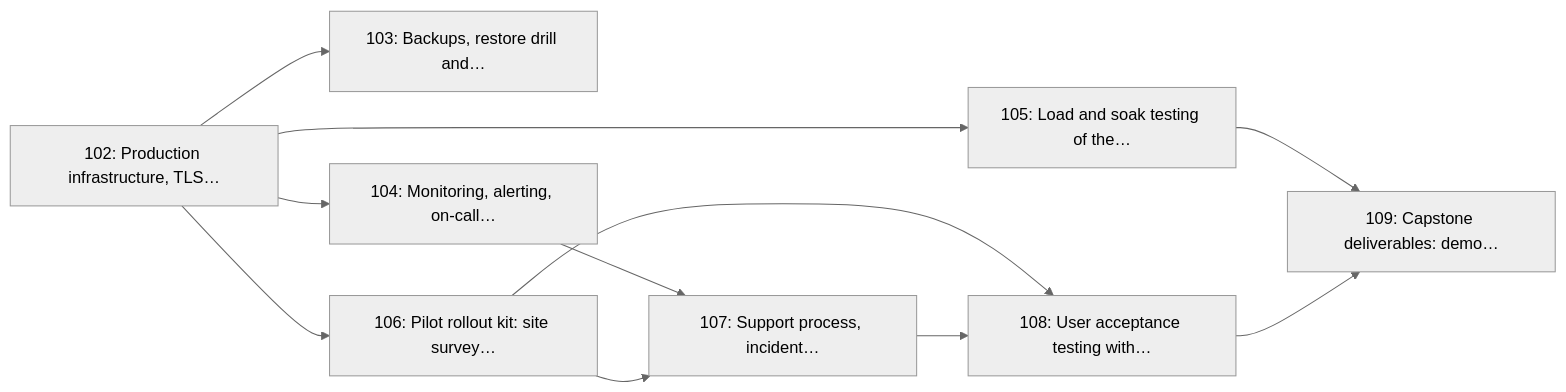
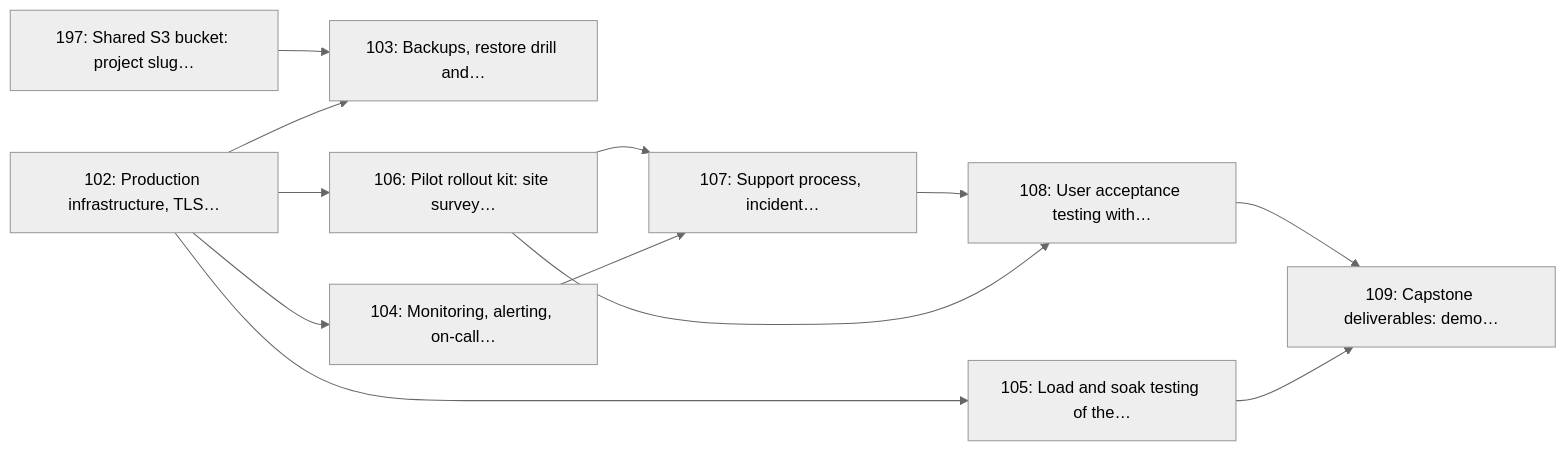
Before and after one commit to Billykat7/clinicQ: the diagram in docs/GITHUB/MILESTONES/M14_production_pilot_golive.md, drawn with Mermaid (neutral theme). The commit also changed other lines of this file and 6 other files, not shown here.

First line of the commit message:
Issue 197: Add the spec, PR description and M14 progress for the shared bucket

````diff
--- a/docs/GITHUB/MILESTONES/M14_production_pilot_golive.md
+++ b/docs/GITHUB/MILESTONES/M14_production_pilot_golive.md
@@ -61,21 +62,23 @@
 ```mermaid
 flowchart LR
     I102["102: Production infrastructure, TLS…"]
     I103["103: Backups, restore drill and…"]
     I104["104: Monitoring, alerting, on-call…"]
     I105["105: Load and soak testing of the…"]
     I106["106: Pilot rollout kit: site survey…"]
     I107["107: Support process, incident…"]
     I108["108: User acceptance testing with…"]
     I109["109: Capstone deliverables: demo…"]
+    I197["197: Shared S3 bucket: project slug…"]
     I102 --> I103
     I102 --> I104
     I102 --> I105
     I102 --> I106
     I104 --> I107
     I106 --> I107
     I106 --> I108
     I107 --> I108
     I105 --> I109
     I108 --> I109
+    I197 --> I103
 ```
````
